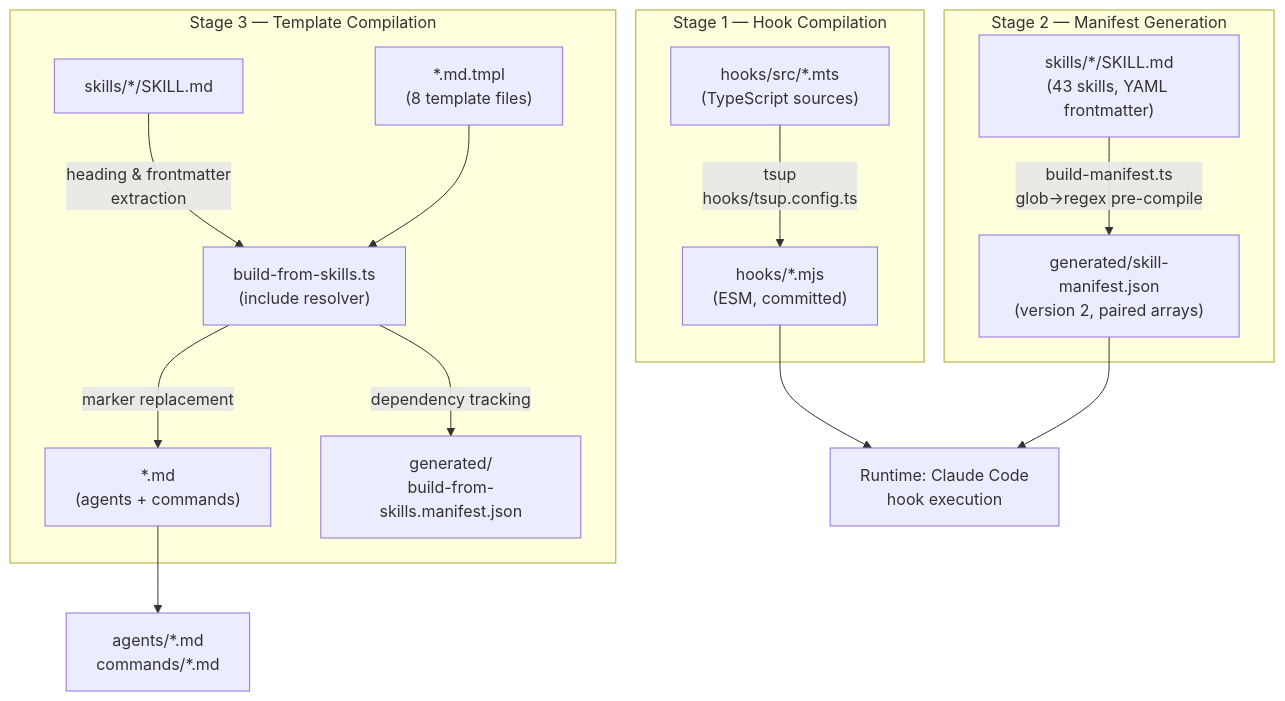
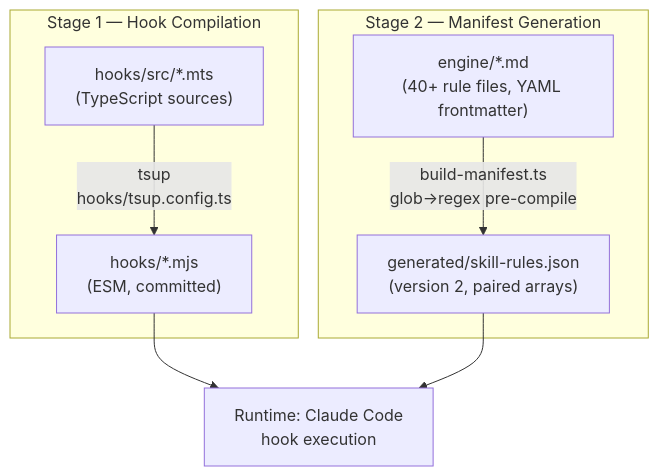
The first of 3 diagrams in docs/developer-guide.md (vercel/vercel-plugin), drawn with Mermaid before and after one commit. The commit also changed other lines of this file and 19 other files, not shown here.

````diff
--- a/docs/developer-guide.md
+++ b/docs/developer-guide.md
@@ -24,24 +23,15 @@
 ```mermaid
 graph TD
     subgraph "Stage 1 — Hook Compilation"
         MTS["hooks/src/*.mts<br/>(TypeScript sources)"]
         MTS -->|"tsup<br/>hooks/tsup.config.ts"| MJS["hooks/*.mjs<br/>(ESM, committed)"]
     end
 
     subgraph "Stage 2 — Manifest Generation"
-        SKILL["skills/*/SKILL.md<br/>(43 skills, YAML frontmatter)"]
-        SKILL -->|"build-manifest.ts<br/>glob→regex pre-compile"| MANIFEST["generated/skill-manifest.json<br/>(version 2, paired arrays)"]
-    end
-
-    subgraph "Stage 3 — Template Compilation"
-        TMPL["*.md.tmpl<br/>(8 template files)"]
-        SKILL2["skills/*/SKILL.md"] -->|"heading & frontmatter<br/>extraction"| RESOLVER["build-from-skills.ts<br/>(include resolver)"]
-        TMPL --> RESOLVER
-        RESOLVER -->|"marker replacement"| MD["*.md<br/>(agents + commands)"]
-        RESOLVER -->|"dependency tracking"| BMANIFEST["generated/<br/>build-from-skills.manifest.json"]
+        RULES["engine/*.md<br/>(40+ rule files, YAML frontmatter)"]
+        RULES -->|"build-manifest.ts<br/>glob→regex pre-compile"| MANIFEST["generated/skill-rules.json<br/>(version 2, paired arrays)"]
     end
 
     MJS --> RUNTIME["Runtime: Claude Code<br/>hook execution"]
     MANIFEST --> RUNTIME
-    MD --> OUTPUT["agents/*.md<br/>commands/*.md"]
 ```
````
